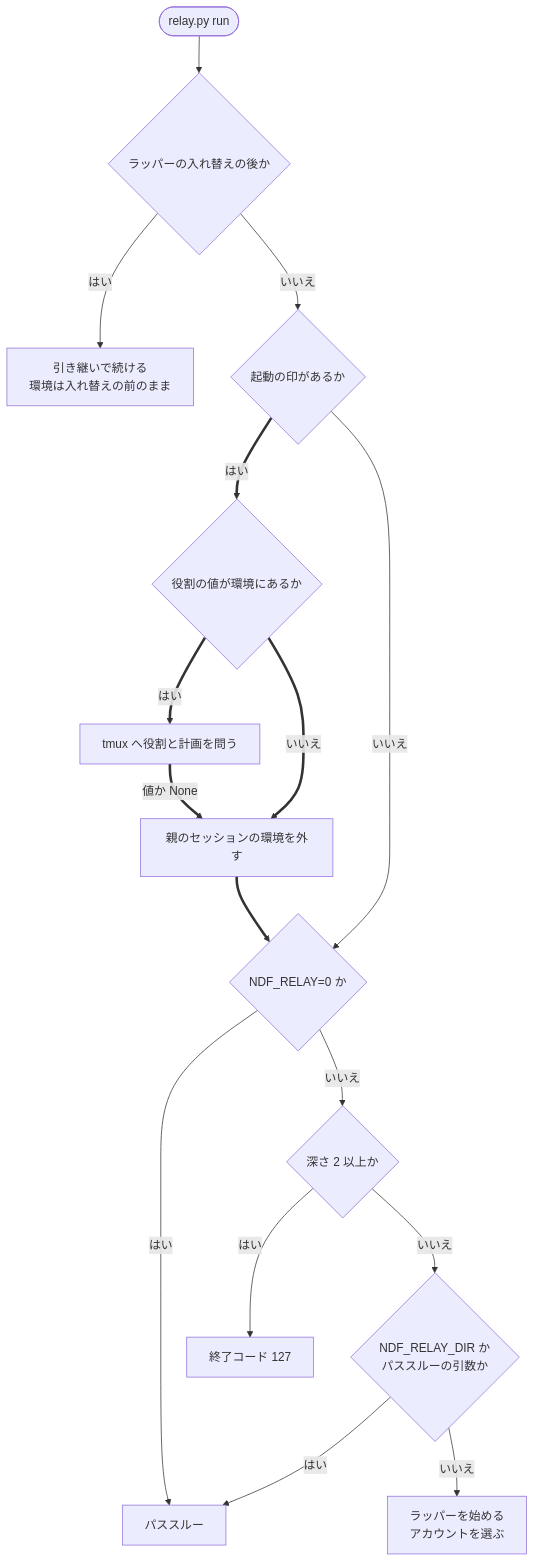
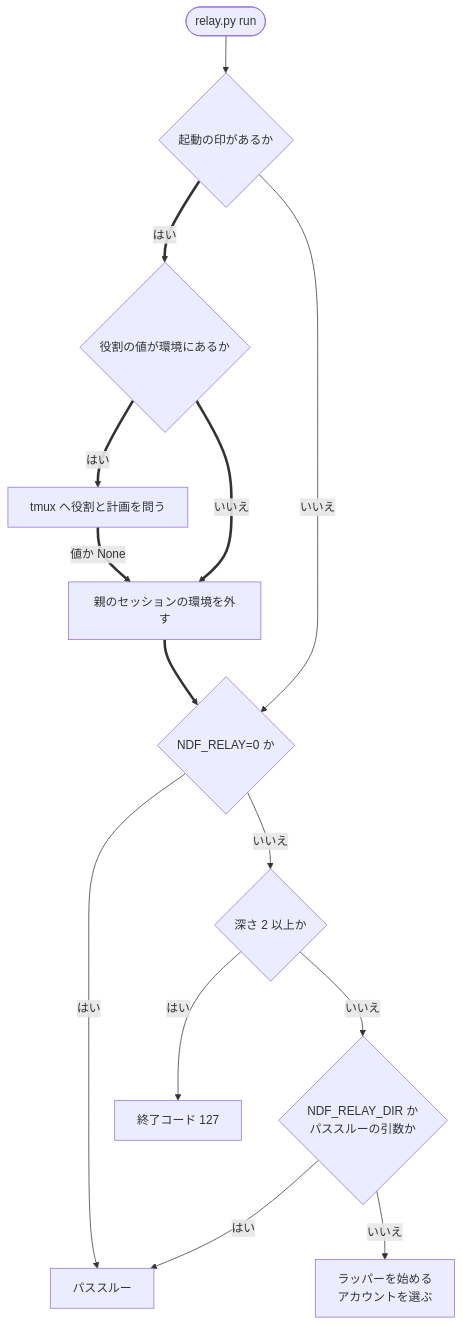
One commit to devbasex/ai-plugins changed the diagram in docs/specifications/ndf-relay-lane-parent-session-env.md. Above: the diagram before and after it, drawn with Mermaid. The commit also changed other lines of this file and 5 other files, not shown here.

````diff
--- a/docs/specifications/ndf-relay-lane-parent-session-env.md
+++ b/docs/specifications/ndf-relay-lane-parent-session-env.md
@@ -103,18 +102,16 @@
 ```mermaid
 graph TD
-    S([relay.py run]) --> H{ラッパーの入れ替えの後か}
-    H -->|はい| R[引き継いで続ける<br/>環境は入れ替えの前のまま]
-    H -->|いいえ| M{起動の印があるか}
+    S([relay.py run]) --> M{起動の印があるか}
     M ==>|はい| L{役割の値が環境にあるか}
     L ==>|はい| Q[tmux へ役割と計画を問う]
     L ==>|いいえ| D[親のセッションの環境を外す]
     Q ==>|値か None| D
     D ==> N{NDF_RELAY=0 か}
     M -->|いいえ| N
     N -->|はい| P[パススルー]
     N -->|いいえ| C{深さ 2 以上か}
     C -->|はい| X[終了コード 127]
     C -->|いいえ| T{NDF_RELAY_DIR か<br/>パススルーの引数か}
     T -->|はい| P
     T -->|いいえ| W[ラッパーを始める<br/>アカウントを選ぶ]
 ```
````
